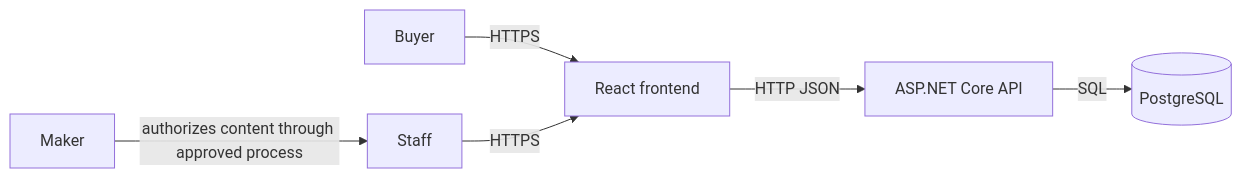
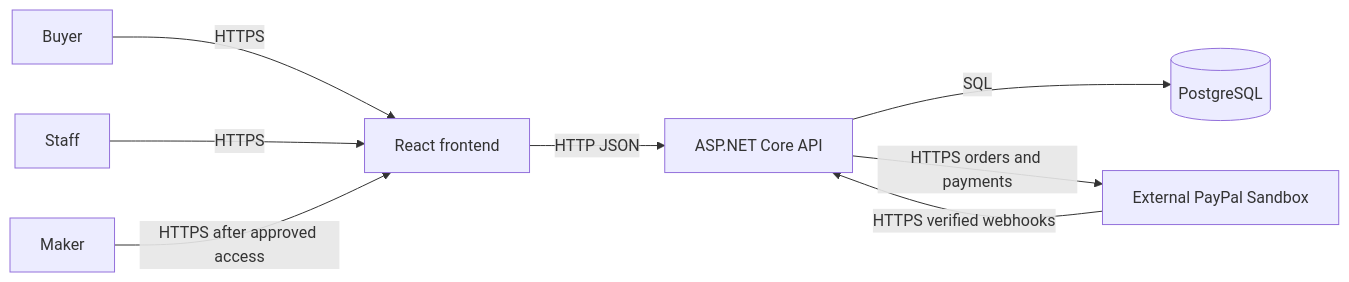
Before and after one commit to SnakeGuitar/furrify: the first of 5 diagrams in docs/architecture/overview.es.md, drawn with Mermaid. The commit also changed other lines of this file and 27 other files, not shown here.

````diff
--- a/docs/architecture/overview.es.md
+++ b/docs/architecture/overview.es.md
@@ -13,8 +13,10 @@
 ```mermaid
 flowchart LR
  Buyer -->|HTTPS| Web[React frontend]
  Staff -->|HTTPS| Web
- Maker -->|authorizes content through approved process| Staff
+ Maker -->|HTTPS after approved access| Web
  Web -->|HTTP JSON| API[ASP.NET Core API]
  API -->|SQL| DB[(PostgreSQL)]
+ API -->|HTTPS orders and payments| PayPal[External PayPal Sandbox]
+ PayPal -->|HTTPS verified webhooks| API
 ```
````
